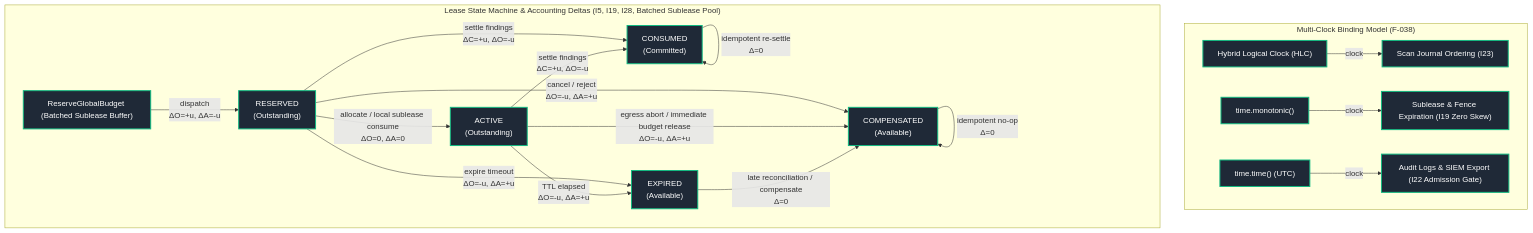
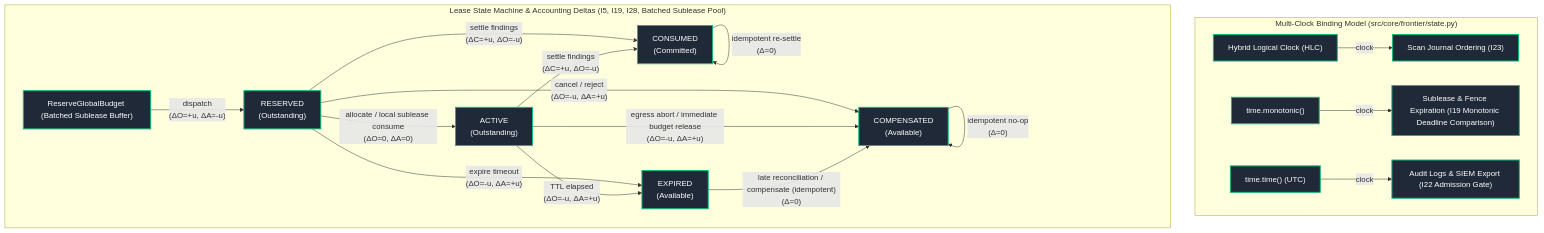
Before and after one commit to AviralGup7/Singularity-Zero: the seventh of 16 diagrams in docs/flowchart.md, drawn with Mermaid. The commit also changed other lines of this file and 6 other files, not shown here.

````diff
--- a/docs/flowchart.md
+++ b/docs/flowchart.md
@@ -522,31 +522,31 @@
 ```mermaid
 flowchart TD
     classDef impl fill:#1f2937,stroke:#10b981,stroke-width:2px,color:#fff;
     classDef singleNode fill:#1e293b,stroke:#0ea5e9,stroke-width:1px,stroke-dasharray:3 3,color:#fff;
     classDef library fill:#334155,stroke:#64748b,stroke-width:1px,color:#fff;
     classDef specOnly fill:#1e1b4b,stroke:#818cf8,stroke-width:1px,stroke-dasharray:4 4,color:#fff;
     classDef vacuous fill:#27272a,stroke:#71717a,stroke-width:1px,color:#a1a1aa;
     classDef forbidden fill:#450a0a,stroke:#ef4444,stroke-width:2px,color:#fca5a5;
 
-    subgraph ClockModel["Multi-Clock Binding Model (F-038)"]
+    subgraph ClockModel["Multi-Clock Binding Model (src/core/frontier/state.py)"]
         HLC["Hybrid Logical Clock (HLC)"]:::impl -->|"clock"| EventOrder["Scan Journal Ordering (I23)"]:::impl
-        Mono["time.monotonic()"]:::impl -->|"clock"| LeaseTTL["Sublease & Fence Expiration (I19 Zero Skew)"]:::impl
+        Mono["time.monotonic()"]:::impl -->|"clock"| LeaseTTL["Sublease & Fence Expiration (I19 Monotonic Deadline Comparison)"]:::impl
         Wall["time.time() (UTC)"]:::impl -->|"clock"| AuditTime["Audit Logs & SIEM Export (I22 Admission Gate)"]:::impl
     end
 
     subgraph LeaseFSM["Lease State Machine & Accounting Deltas (I5, I19, I28, Batched Sublease Pool)"]
-        Reserve["ReserveGlobalBudget (Batched Sublease Buffer)"]:::impl -->|"dispatch<br/>ΔO=+u, ΔA=-u"| RESERVED["RESERVED<br/>(Outstanding)"]:::impl
-        RESERVED -->|"allocate / local sublease consume<br/>ΔO=0, ΔA=0"| ACTIVE["ACTIVE<br/>(Outstanding)"]:::impl
-        RESERVED -->|"settle findings<br/>ΔC=+u, ΔO=-u"| CONSUMED["CONSUMED<br/>(Committed)"]:::impl
-        ACTIVE -->|"settle findings<br/>ΔC=+u, ΔO=-u"| CONSUMED
+        Reserve["ReserveGlobalBudget (Batched Sublease Buffer)"]:::impl -->|"dispatch<br/>(ΔO=+u, ΔA=-u)"| RESERVED["RESERVED<br/>(Outstanding)"]:::impl
+        RESERVED -->|"allocate / local sublease consume<br/>(ΔO=0, ΔA=0)"| ACTIVE["ACTIVE<br/>(Outstanding)"]:::impl
+        RESERVED -->|"settle findings<br/>(ΔC=+u, ΔO=-u)"| CONSUMED["CONSUMED<br/>(Committed)"]:::impl
+        ACTIVE -->|"settle findings<br/>(ΔC=+u, ΔO=-u)"| CONSUMED
         
-        RESERVED -->|"cancel / reject<br/>ΔO=-u, ΔA=+u"| COMPENSATED["COMPENSATED<br/>(Available)"]:::impl
-        ACTIVE -->|"egress abort / immediate budget release<br/>ΔO=-u, ΔA=+u"| COMPENSATED
-        RESERVED -->|"expire timeout<br/>ΔO=-u, ΔA=+u"| EXPIRED["EXPIRED<br/>(Available)"]:::impl
-        ACTIVE -->|"TTL elapsed<br/>ΔO=-u, ΔA=+u"| EXPIRED
+        RESERVED -->|"cancel / reject<br/>(ΔO=-u, ΔA=+u)"| COMPENSATED["COMPENSATED<br/>(Available)"]:::impl
+        ACTIVE -->|"egress abort / immediate budget release<br/>(ΔO=-u, ΔA=+u)"| COMPENSATED
+        RESERVED -->|"expire timeout<br/>(ΔO=-u, ΔA=+u)"| EXPIRED["EXPIRED<br/>(Available)"]:::impl
+        ACTIVE -->|"TTL elapsed<br/>(ΔO=-u, ΔA=+u)"| EXPIRED
         
-        EXPIRED -->|"late reconciliation / compensate<br/>Δ=0"| COMPENSATED
-        CONSUMED -->|"idempotent re-settle<br/>Δ=0"| CONSUMED
-        COMPENSATED -->|"idempotent no-op<br/>Δ=0"| COMPENSATED
+        EXPIRED -->|"late reconciliation / compensate (idempotent)<br/>(Δ=0)"| COMPENSATED
+        CONSUMED -->|"idempotent re-settle<br/>(Δ=0)"| CONSUMED
+        COMPENSATED -->|"idempotent no-op<br/>(Δ=0)"| COMPENSATED
     end
 ```
````
